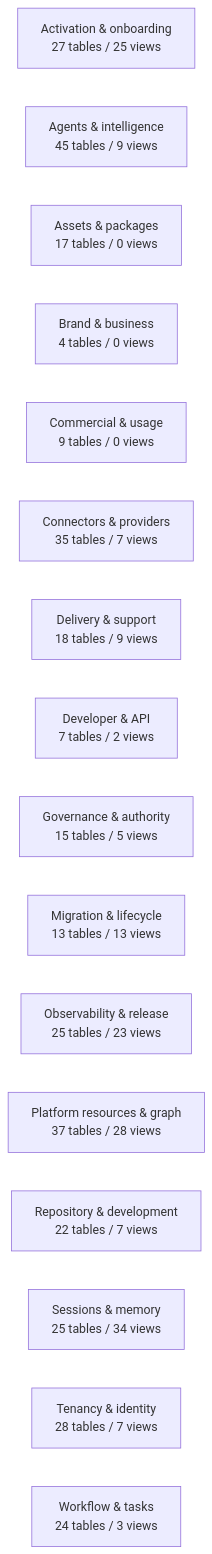
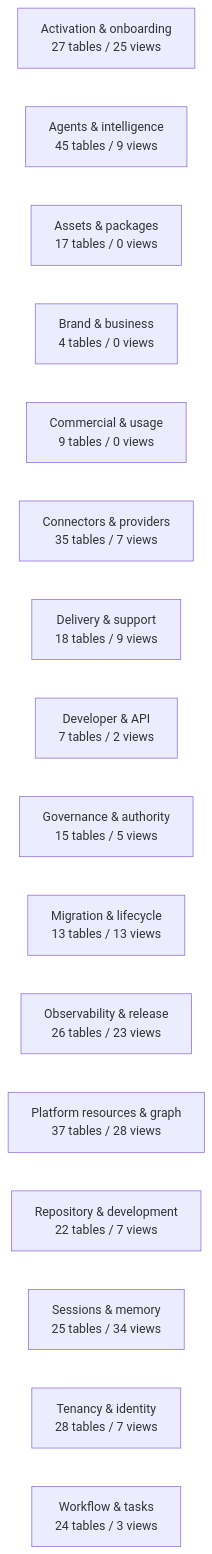
Before and after one commit to mad4bdigital-ai/multi-business-multi-role-growth-intelligence-os: the diagram in docs/work-maps/data-model-domain-map.md, drawn with Mermaid. The commit also changed other lines of this file and 4 other files, not shown here.

````diff
--- a/docs/work-maps/data-model-domain-map.md
+++ b/docs/work-maps/data-model-domain-map.md
@@ -9,19 +9,19 @@
 ```mermaid
 flowchart LR
   n_Activation___onboarding["Activation & onboarding<br/>27 tables / 25 views"]
   n_Agents___intelligence["Agents & intelligence<br/>45 tables / 9 views"]
   n_Assets___packages["Assets & packages<br/>17 tables / 0 views"]
   n_Brand___business["Brand & business<br/>4 tables / 0 views"]
   n_Commercial___usage["Commercial & usage<br/>9 tables / 0 views"]
   n_Connectors___providers["Connectors & providers<br/>35 tables / 7 views"]
   n_Delivery___support["Delivery & support<br/>18 tables / 9 views"]
   n_Developer___API["Developer & API<br/>7 tables / 2 views"]
   n_Governance___authority["Governance & authority<br/>15 tables / 5 views"]
   n_Migration___lifecycle["Migration & lifecycle<br/>13 tables / 13 views"]
-  n_Observability___release["Observability & release<br/>25 tables / 23 views"]
+  n_Observability___release["Observability & release<br/>26 tables / 23 views"]
   n_Platform_resources___graph["Platform resources & graph<br/>37 tables / 28 views"]
   n_Repository___development["Repository & development<br/>22 tables / 7 views"]
   n_Sessions___memory["Sessions & memory<br/>25 tables / 34 views"]
   n_Tenancy___identity["Tenancy & identity<br/>28 tables / 7 views"]
   n_Workflow___tasks["Workflow & tasks<br/>24 tables / 3 views"]
 ```
````
